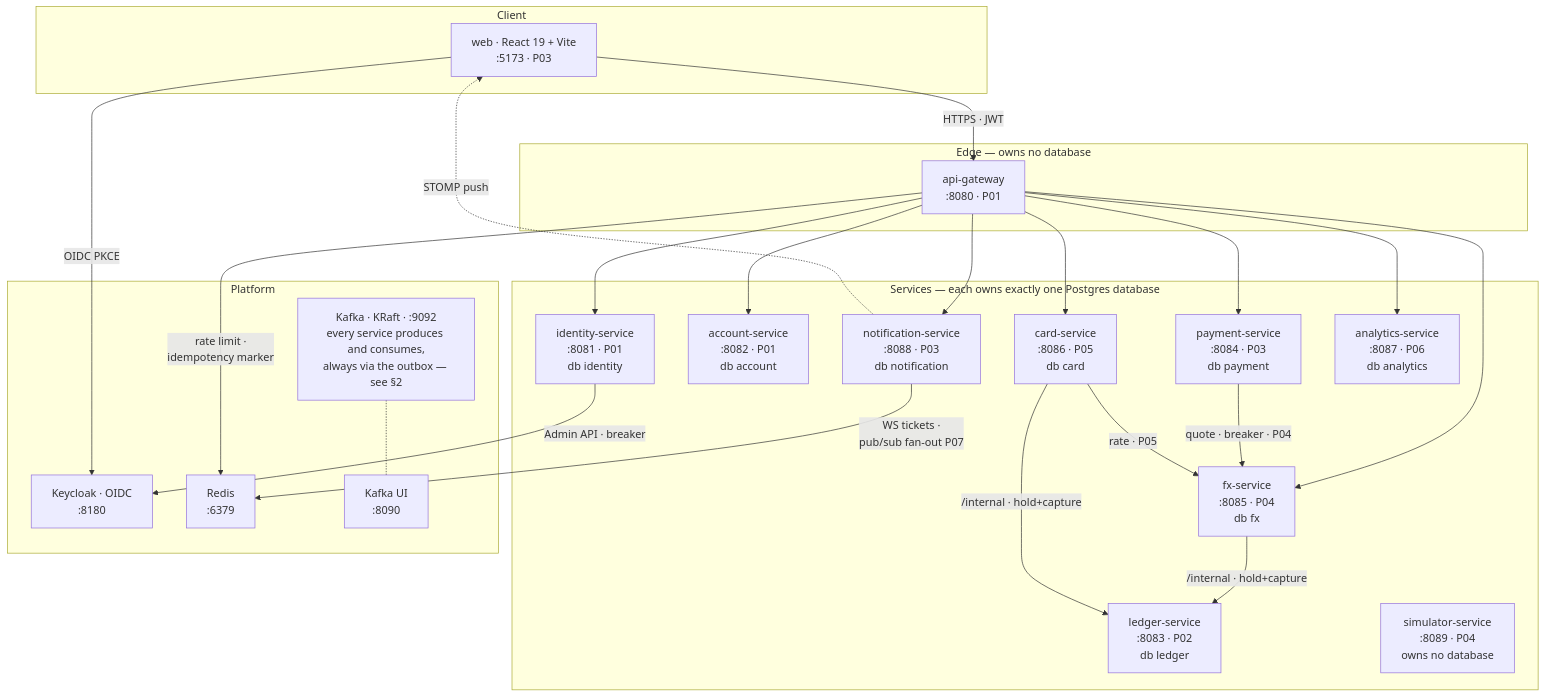
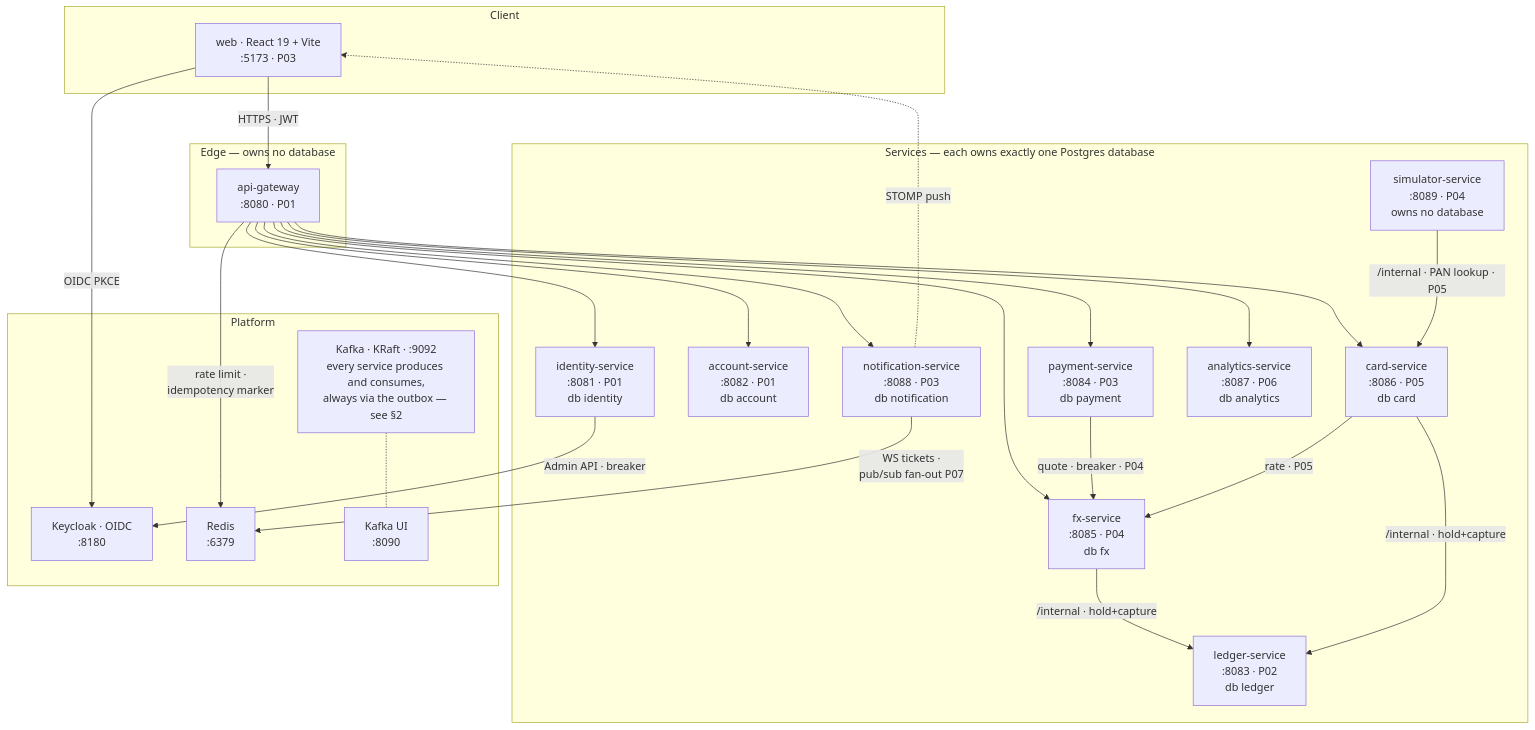
Before and after one commit to georgivelikov/revo-clone: the first of 6 diagrams in docs/architecture.md, drawn with Mermaid. The commit also changed other lines of this file and 37 other files, not shown here.

````diff
--- a/docs/architecture.md
+++ b/docs/architecture.md
@@ -27,51 +27,52 @@
 ```mermaid
 flowchart TB
     subgraph client["Client"]
         WEB["web · React 19 + Vite<br/>:5173 · P03"]
     end
 
     subgraph edge["Edge — owns no database"]
         GW["api-gateway<br/>:8080 · P01"]
     end
 
     subgraph svc["Services — each owns exactly one Postgres database"]
         IDENT["identity-service<br/>:8081 · P01<br/>db identity"]
         ACCT["account-service<br/>:8082 · P01<br/>db account"]
         LEDG["ledger-service<br/>:8083 · P02<br/>db ledger"]
         PAY["payment-service<br/>:8084 · P03<br/>db payment"]
         NOTIF["notification-service<br/>:8088 · P03<br/>db notification"]
         FX["fx-service<br/>:8085 · P04<br/>db fx"]
         CARD["card-service<br/>:8086 · P05<br/>db card"]
         ANL["analytics-service<br/>:8087 · P06<br/>db analytics"]
         SIM["simulator-service<br/>:8089 · P04<br/>owns no database"]
     end
 
     subgraph plat["Platform"]
         KC["Keycloak · OIDC<br/>:8180"]
         REDIS["Redis<br/>:6379"]
         KAFKA["Kafka · KRaft · :9092<br/>every service produces and consumes,<br/>always via the outbox — see §2"]
         KUI["Kafka UI<br/>:8090"]
     end
 
     WEB -->|"HTTPS · JWT"| GW
     WEB -->|"OIDC PKCE"| KC
     NOTIF -.->|"STOMP push"| WEB
 
     GW --> IDENT
     GW --> ACCT
     GW --> PAY
     GW --> FX
     GW --> CARD
     GW --> ANL
     GW --> NOTIF
     GW -->|"rate limit ·<br/>idempotency marker"| REDIS
 
     IDENT -->|"Admin API · breaker"| KC
     PAY -->|"quote · breaker · P04"| FX
     CARD -->|"rate · P05"| FX
     FX -->|"/internal · hold+capture"| LEDG
     CARD -->|"/internal · hold+capture"| LEDG
+    SIM -->|"/internal · PAN lookup · P05"| CARD
     NOTIF -->|"WS tickets ·<br/>pub/sub fan-out P07"| REDIS
 
     KAFKA -.- KUI
 ```
````
